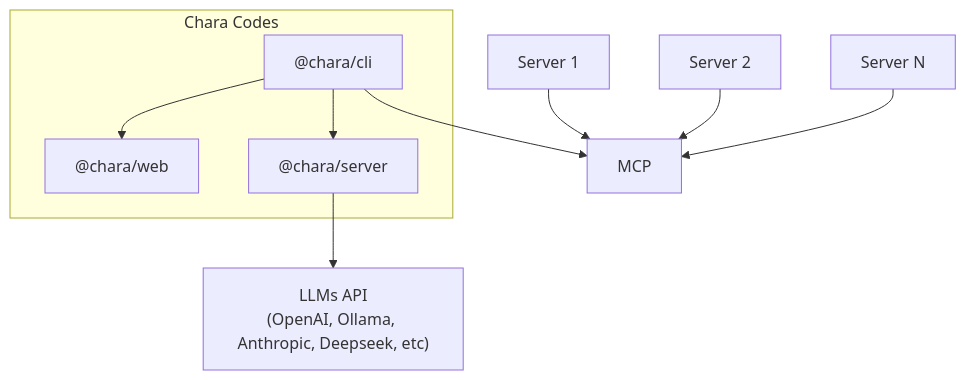
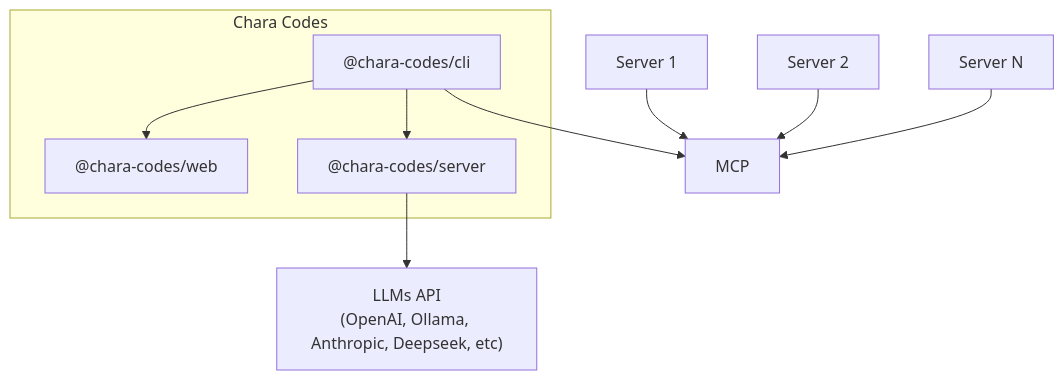
The diagram in README.md (chara-codes/chara), drawn with Mermaid before and after one commit. The commit also changed other lines of this file and 153 other files, not shown here.

Commit message:
chore(namespce): use @chara-codes stope for packages

````diff
--- a/README.md
+++ b/README.md
@@ -132,24 +132,24 @@
 ```mermaid
 graph TD
     subgraph "Chara Codes"
-        Web["@chara/web"]
-        CLI["@chara/cli"]
-        Server["@chara/server"]
+        Web["@chara-codes/web"]
+        CLI["@chara-codes/cli"]
+        Server["@chara-codes/server"]
     end
 
     LLMs["LLMs API<br/>(OpenAI, Ollama, Anthropic, Deepseek, etc)"]
     MCP["MCP"]
 
     Server1["Server 1"]
     Server2["Server 2"]
     ServerN["Server N"]
 
     Server1 --> MCP
     Server2 --> MCP
     ServerN --> MCP
 
     CLI --> MCP
     CLI --> Server
     Server --> LLMs
     CLI --> Web
 ```
````
